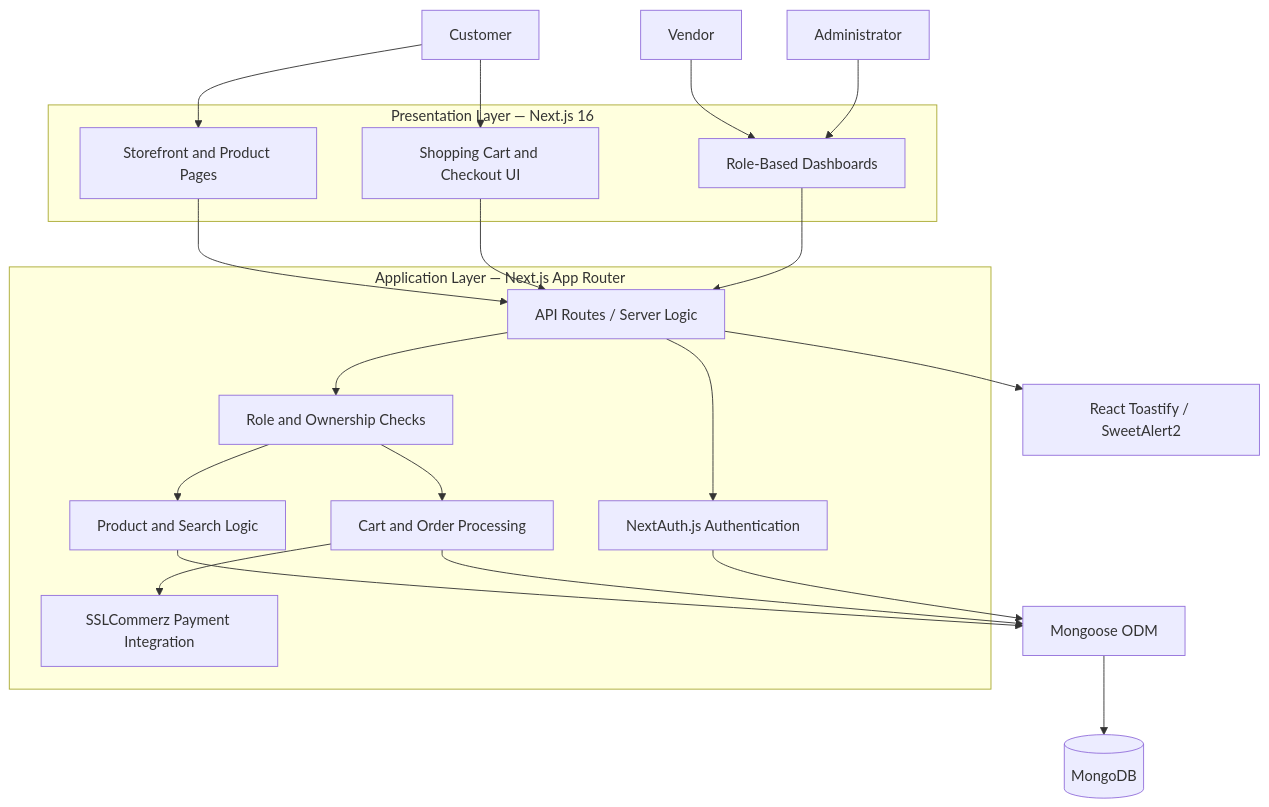
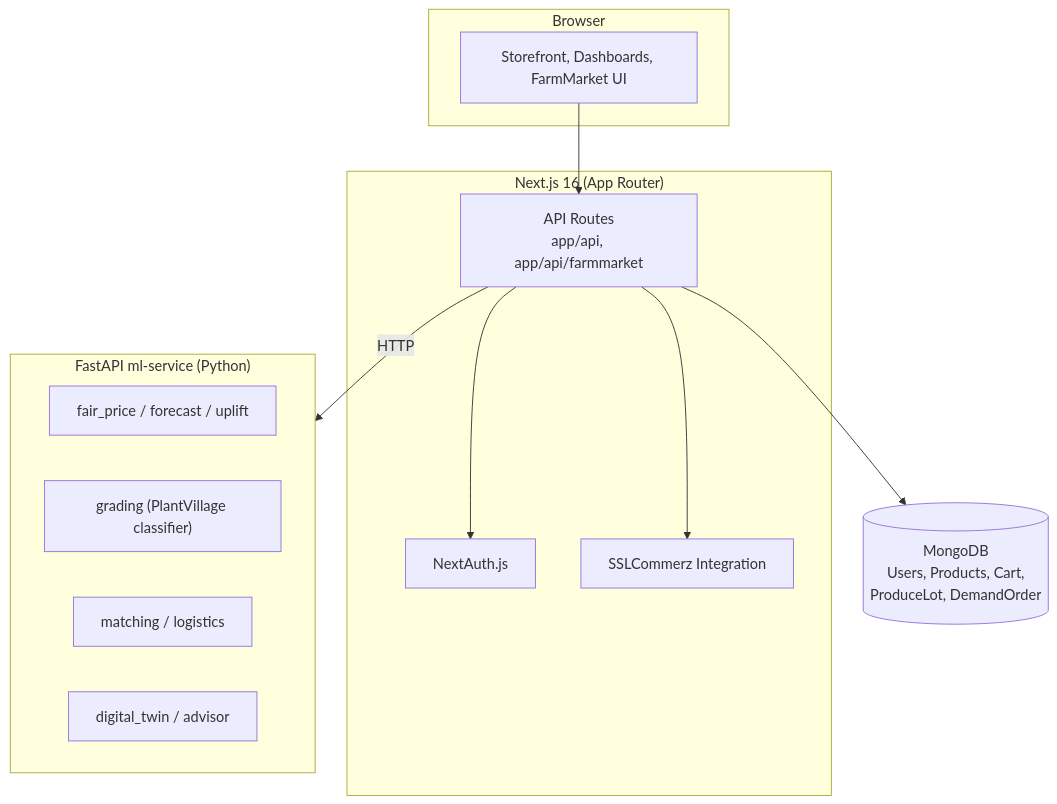
One commit to Zishan-125/Krishop-FarmMarket changed the diagram in README.md. Above: the diagram before and after it, drawn with Mermaid. The commit also changed other lines of this file, not shown here.

````diff
--- a/README.md
+++ b/README.md
@@ -308,45 +163,27 @@
 ```mermaid
 flowchart TB
-    CUSTOMER["Customer"]
-    VENDOR["Vendor"]
-    ADMIN["Administrator"]
-
-    subgraph PRESENTATION["Presentation Layer — Next.js 16"]
-        STORE["Storefront and Product Pages"]
-        CART["Shopping Cart and Checkout UI"]
-        DASH["Role-Based Dashboards"]
+    subgraph Client["Browser"]
+        UI["Storefront, Dashboards, FarmMarket UI"]
     end
 
-    subgraph APPLICATION["Application Layer — Next.js App Router"]
-        AUTH["NextAuth.js Authentication"]
-        API["API Routes / Server Logic"]
-        ACCESS["Role and Ownership Checks"]
-        CATALOG["Product and Search Logic"]
-        ORDER["Cart and Order Processing"]
-        PAYMENT["SSLCommerz Payment Integration"]
+    subgraph Web["Next.js 16 (App Router)"]
+        AUTH["NextAuth.js"]
+        API["API Routes<br/>app/api, app/api/farmmarket"]
+        PAY["SSLCommerz Integration"]
     end
 
-    DB[("MongoDB")]
-    ODM["Mongoose ODM"]
-    NOTICE["React Toastify / SweetAlert2"]
+    subgraph ML["FastAPI ml-service (Python)"]
+        FP["fair_price / forecast / uplift"]
+        GR["grading (PlantVillage classifier)"]
+        MT["matching / logistics"]
+        DT["digital_twin / advisor"]
+    end
 
-    CUSTOMER --> STORE
-    CUSTOMER --> CART
-    VENDOR --> DASH
-    ADMIN --> DASH
+    DB[("MongoDB<br/>Users, Products, Cart,<br/>ProduceLot, DemandOrder")]
 
-    STORE --> API
-    CART --> API
-    DASH --> API
-
+    UI --> API
     API --> AUTH
-    API --> ACCESS
-    ACCESS --> CATALOG
-    ACCESS --> ORDER
-    ORDER --> PAYMENT
-    CATALOG --> ODM
-    ORDER --> ODM
-    AUTH --> ODM
-    ODM --> DB
-    API --> NOTICE
+    API --> PAY
+    API --> DB
+    API -- HTTP --> ML
 ```
````
